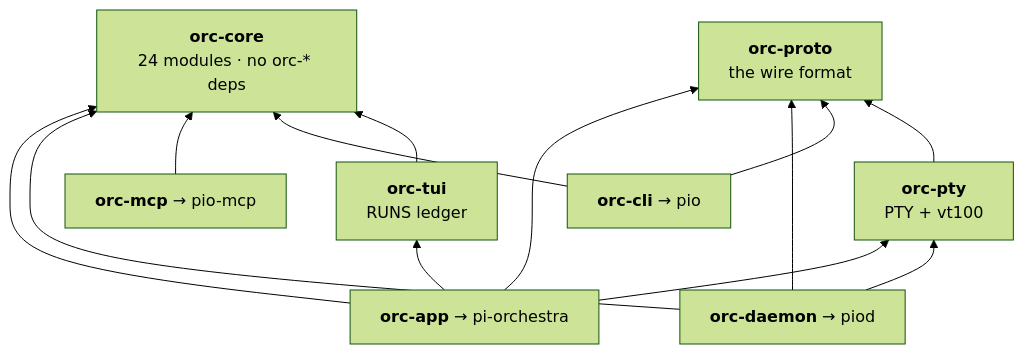
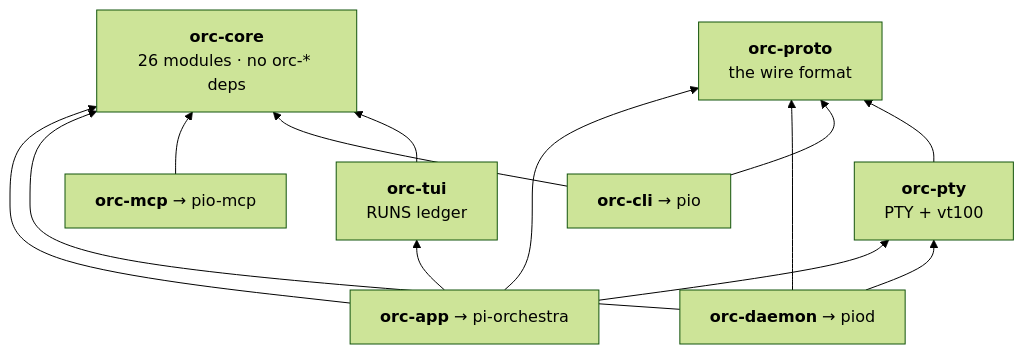
One commit to Legend101Zz/Agent-orchestra changed the diagram in docs/architecture/crate-map.md. Above: the diagram before and after it, drawn with Mermaid (forest theme). The commit also changed other lines of this file and 8 other files, not shown here.

````diff
--- a/docs/architecture/crate-map.md
+++ b/docs/architecture/crate-map.md
@@ -7,24 +7,24 @@
 ```mermaid
 flowchart BT
-    core["<b>orc-core</b><br/>24 modules · no orc-* deps"]
+    core["<b>orc-core</b><br/>26 modules · no orc-* deps"]
     proto["<b>orc-proto</b><br/>the wire format"]
     pty["<b>orc-pty</b><br/>PTY + vt100"]
     tui["<b>orc-tui</b><br/>RUNS ledger"]
     daemon["<b>orc-daemon</b> → piod"]
     app["<b>orc-app</b> → pi-orchestra"]
     cli["<b>orc-cli</b> → pio"]
     mcp["<b>orc-mcp</b> → pio-mcp"]
 
     pty --> proto
     tui --> core
     cli --> core
     cli --> proto
     mcp --> core
     daemon --> core
     daemon --> proto
     daemon --> pty
     app --> core
     app --> proto
     app --> pty
     app --> tui
 ```
````
